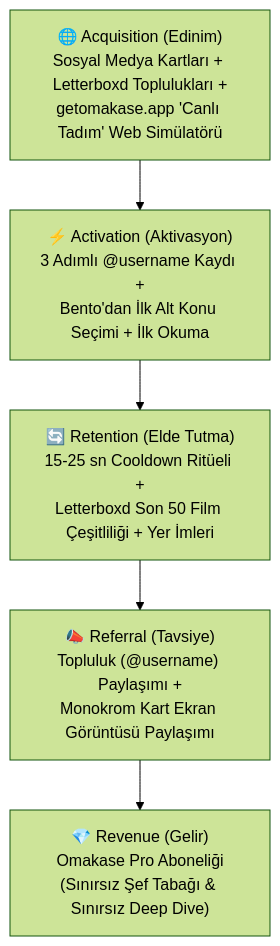
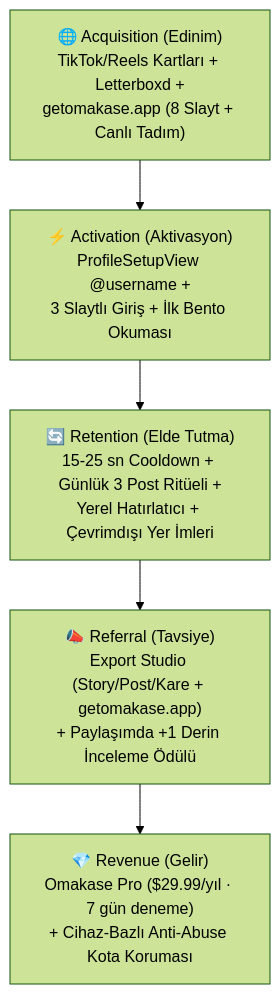
The second of 2 diagrams in docs/urun_analizi_ve_pazarlama.md (kuzeysinay/omakase), drawn with Mermaid (forest theme) before and after one commit. The commit also changed other lines of this file and 6 other files, not shown here.

````diff
--- a/docs/urun_analizi_ve_pazarlama.md
+++ b/docs/urun_analizi_ve_pazarlama.md
@@ -89,7 +73,7 @@
 ```mermaid
 flowchart TD
-    A["🌐 Acquisition (Edinim)<br/>Sosyal Medya Kartları + Letterboxd Toplulukları +<br/>getomakase.app 'Canlı Tadım' Web Simülatörü"] --> B["⚡ Activation (Aktivasyon)<br/>3 Adımlı @username Kaydı +<br/>Bento'dan İlk Alt Konu Seçimi + İlk Okuma"]
-    B --> C["🔄 Retention (Elde Tutma)<br/>15-25 sn Cooldown Ritüeli +<br/>Letterboxd Son 50 Film Çeşitliliği + Yer İmleri"]
-    C --> D["📣 Referral (Tavsiye)<br/>Topluluk (@username) Paylaşımı +<br/>Monokrom Kart Ekran Görüntüsü Paylaşımı"]
-    D --> E["💎 Revenue (Gelir)<br/>Omakase Pro Aboneliği<br/>(Sınırsız Şef Tabağı & Sınırsız Deep Dive)"]
+    A["🌐 Acquisition (Edinim)<br/>TikTok/Reels Kartları + Letterboxd +<br/>getomakase.app (8 Slayt + Canlı Tadım)"] --> B["⚡ Activation (Aktivasyon)<br/>ProfileSetupView @username +<br/>3 Slaytlı Giriş + İlk Bento Okuması"]
+    B --> C["🔄 Retention (Elde Tutma)<br/>15-25 sn Cooldown + Günlük 3 Post Ritüeli +<br/>Yerel Hatırlatıcı + Çevrimdışı Yer İmleri"]
+    C --> D["📣 Referral (Tavsiye)<br/>Export Studio (Story/Post/Kare + getomakase.app)<br/>+ Paylaşımda +1 Derin İnceleme Ödülü"]
+    D --> E["💎 Revenue (Gelir)<br/>Omakase Pro ($29.99/yıl · 7 gün deneme)<br/>+ Cihaz-Bazlı Anti-Abuse Kota Koruması"]
 ```
````
